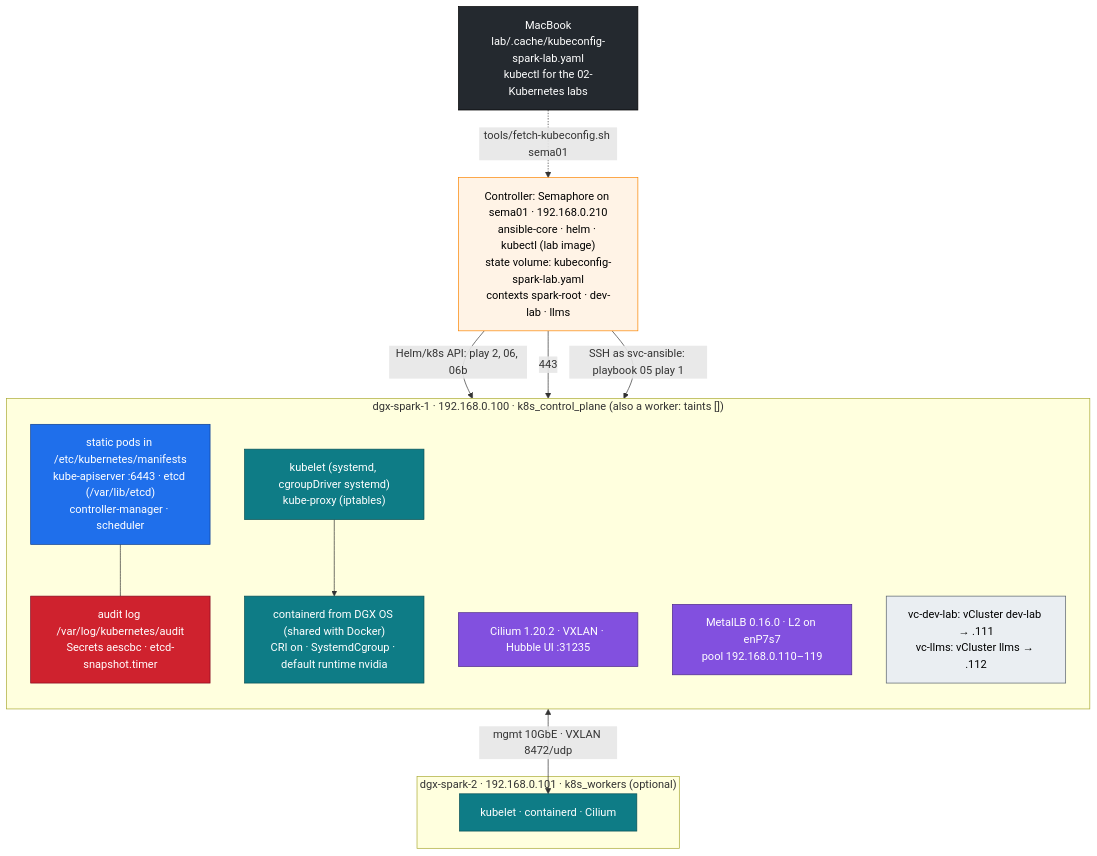
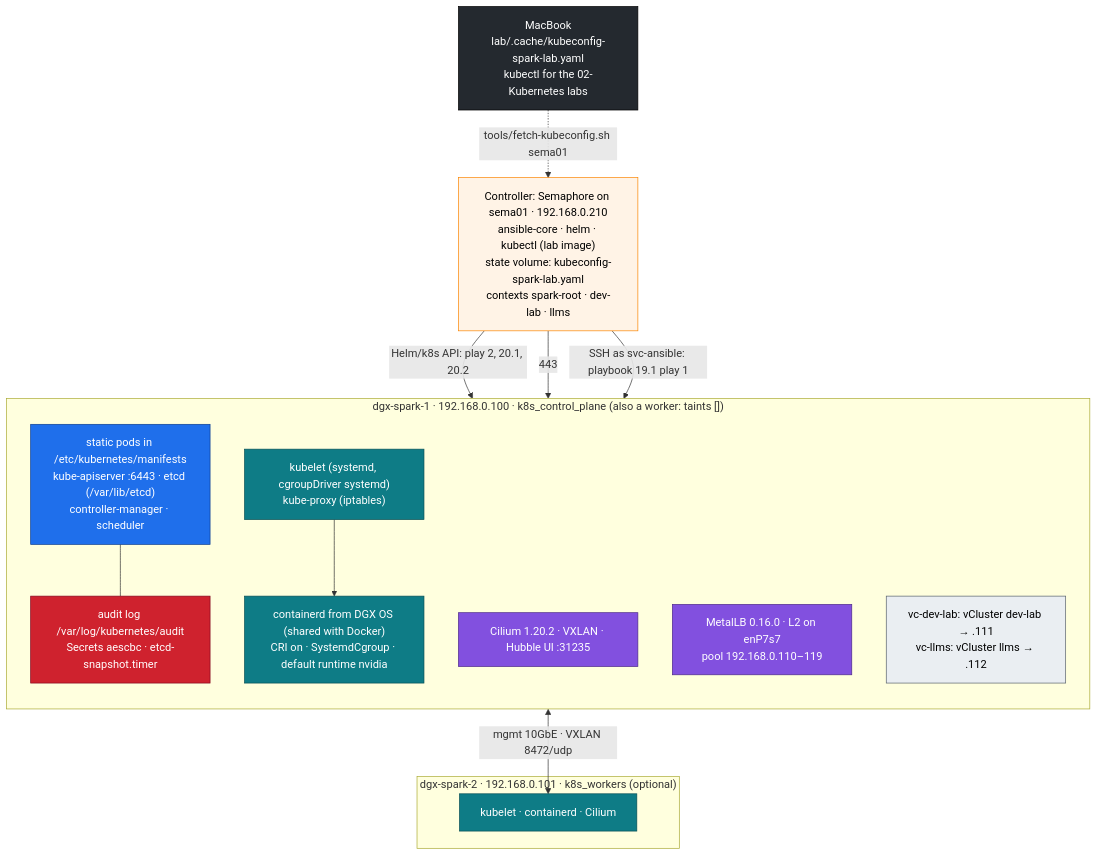
Before and after one commit to cloudone365/technical-depth: the diagram in 01-Ansible/19-kubernetes-kubeadm-root-cluster-and-vclusters.md, drawn with Mermaid. The commit also changed other lines of this file and 242 other files, not shown here.

````diff
--- a/01-Ansible/19-kubernetes-kubeadm-root-cluster-and-vclusters.md
+++ b/01-Ansible/19-kubernetes-kubeadm-root-cluster-and-vclusters.md
@@ -39,39 +39,39 @@
 ```mermaid
 flowchart TB
   CTL["Controller: Semaphore on sema01 · 192.168.0.210<br/>ansible-core · helm · kubectl (lab image)<br/>state volume: kubeconfig-spark-lab.yaml<br/>contexts spark-root · dev-lab · llms"]
   MAC["MacBook<br/>lab/.cache/kubeconfig-spark-lab.yaml<br/>kubectl for the 02-Kubernetes labs"]
   MAC -. "tools/fetch-kubeconfig.sh sema01" .-> CTL
   subgraph S1["dgx-spark-1 · 192.168.0.100 · k8s_control_plane (also a worker: taints [])"]
     direction TB
     CP["static pods in /etc/kubernetes/manifests<br/>kube-apiserver :6443 · etcd (/var/lib/etcd)<br/>controller-manager · scheduler"]
     SEC["audit log /var/log/kubernetes/audit<br/>Secrets aescbc · etcd-snapshot.timer"]
     KL["kubelet (systemd, cgroupDriver systemd)<br/>kube-proxy (iptables)"]
     CTD["containerd from DGX OS (shared with Docker)<br/>CRI on · SystemdCgroup · default runtime nvidia"]
     CIL["Cilium 1.20.2 · VXLAN · Hubble UI :31235"]
     MLB["MetalLB 0.16.0 · L2 on enP7s7<br/>pool 192.168.0.110–119"]
     VC["vc-dev-lab: vCluster dev-lab → .111<br/>vc-llms: vCluster llms → .112"]
   end
   subgraph S2["dgx-spark-2 · 192.168.0.101 · k8s_workers (optional)"]
     KL2["kubelet · containerd · Cilium"]
   end
-  CTL -->|"SSH as svc-ansible: playbook 05 play 1"| S1
-  CTL -->|"Helm/k8s API: play 2, 06, 06b"| CP
+  CTL -->|"SSH as svc-ansible: playbook 19.1 play 1"| S1
+  CTL -->|"Helm/k8s API: play 2, 20.1, 20.2"| CP
   CTL -->|"443"| VC
   CP --- SEC
   KL --> CTD
   CP <-->|"mgmt 10GbE · VXLAN 8472/udp"| KL2
   classDef ext fill:#24292f,stroke:#000,color:#fff
   classDef ctrl fill:#1f6feb,stroke:#0b3d91,color:#fff
   classDef node fill:#0e7c86,stroke:#064e54,color:#fff
   classDef net fill:#8250df,stroke:#4c2889,color:#fff
   classDef sec fill:#cf222e,stroke:#82071e,color:#fff
   classDef tenant fill:#eaeef2,stroke:#57606a,color:#000
   classDef mgmt fill:#fff3e6,stroke:#fb8500,color:#000
   class CTL mgmt
   class MAC ext
   class CP ctrl
   class KL,CTD,KL2 node
   class CIL,MLB net
   class SEC sec
   class VC tenant
 ```
````
